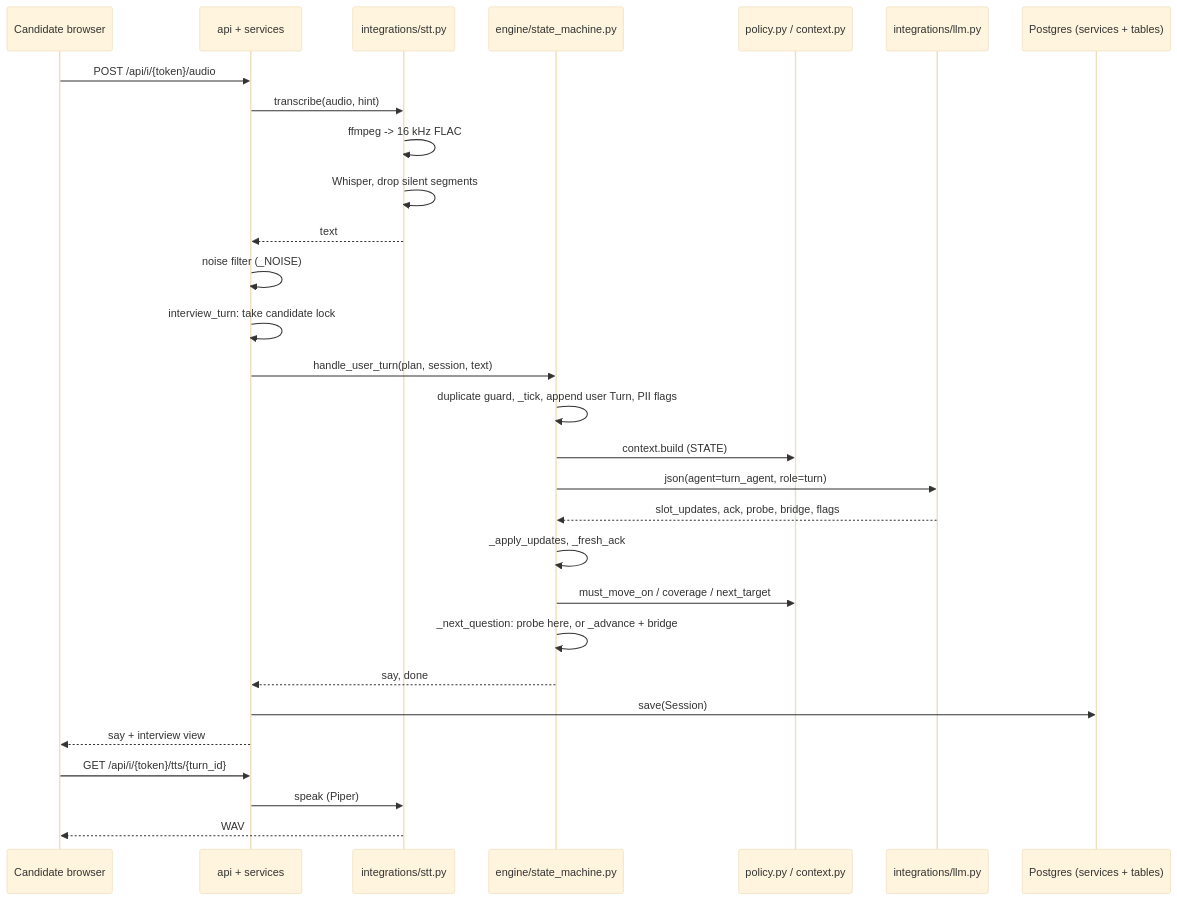
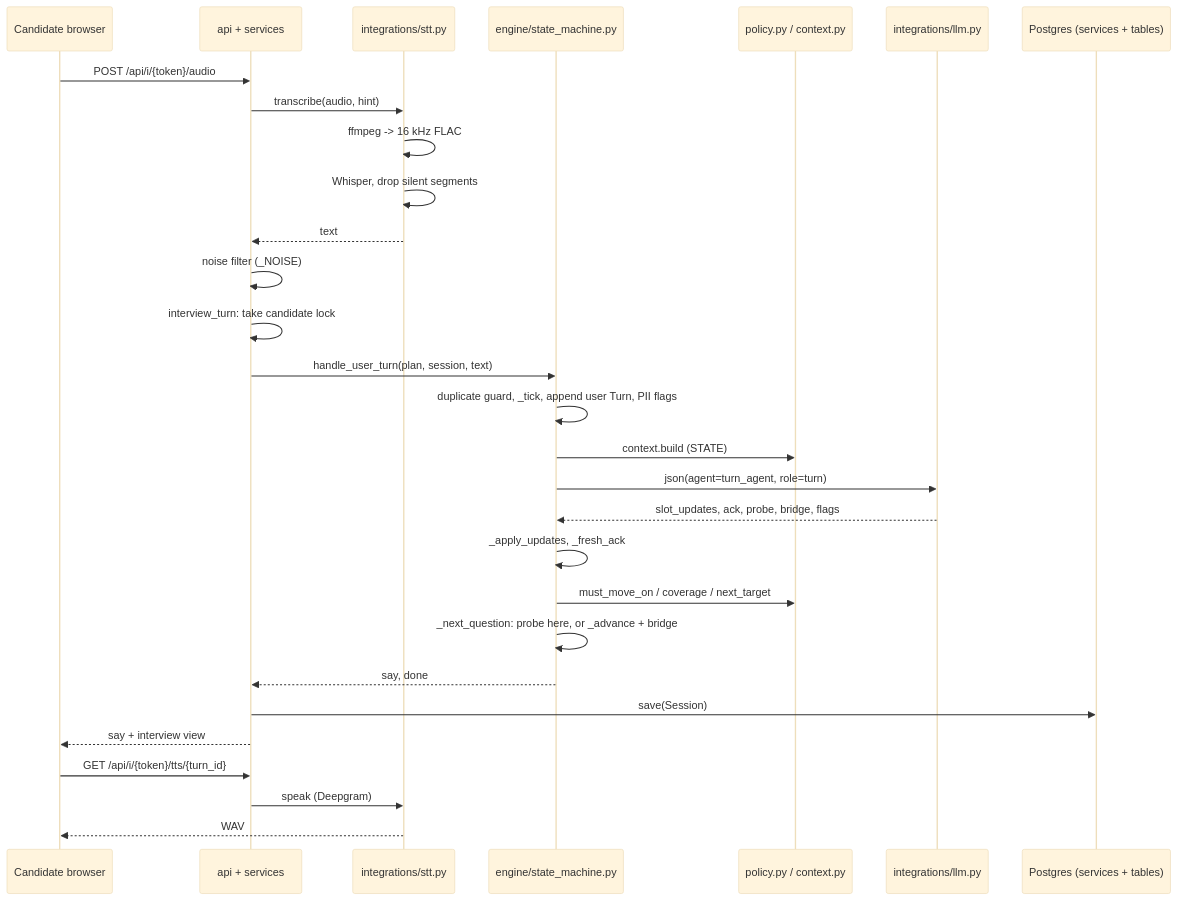
The fourth of 9 diagrams in docs/system-design.md (CodebyKumar/tryout), drawn with Mermaid (base theme) before and after one commit. The commit also changed other lines of this file and 2 other files, not shown here.

````diff
--- a/docs/system-design.md
+++ b/docs/system-design.md
@@ -295,31 +331,31 @@
 ```mermaid
 sequenceDiagram
     participant B as Candidate browser
     participant A as api + services
     participant V as integrations/stt.py
     participant E as engine/state_machine.py
     participant P as policy.py / context.py
     participant L as integrations/llm.py
     participant S as Postgres (services + tables)
     B->>A: POST /api/i/{token}/audio
     A->>V: transcribe(audio, hint)
     V->>V: ffmpeg -> 16 kHz FLAC
     V->>V: Whisper, drop silent segments
     V-->>A: text
     A->>A: noise filter (_NOISE)
     A->>A: interview_turn: take candidate lock
     A->>E: handle_user_turn(plan, session, text)
     E->>E: duplicate guard, _tick, append user Turn, PII flags
     E->>P: context.build (STATE)
     E->>L: json(agent=turn_agent, role=turn)
     L-->>E: slot_updates, ack, probe, bridge, flags
     E->>E: _apply_updates, _fresh_ack
     E->>P: must_move_on / coverage / next_target
     E->>E: _next_question: probe here, or _advance + bridge
     E-->>A: say, done
     A->>S: save(Session)
     A-->>B: say + interview view
     B->>A: GET /api/i/{token}/tts/{turn_id}
-    A->>V: speak (Piper)
+    A->>V: speak (Deepgram)
     V-->>B: WAV
 ```
````
